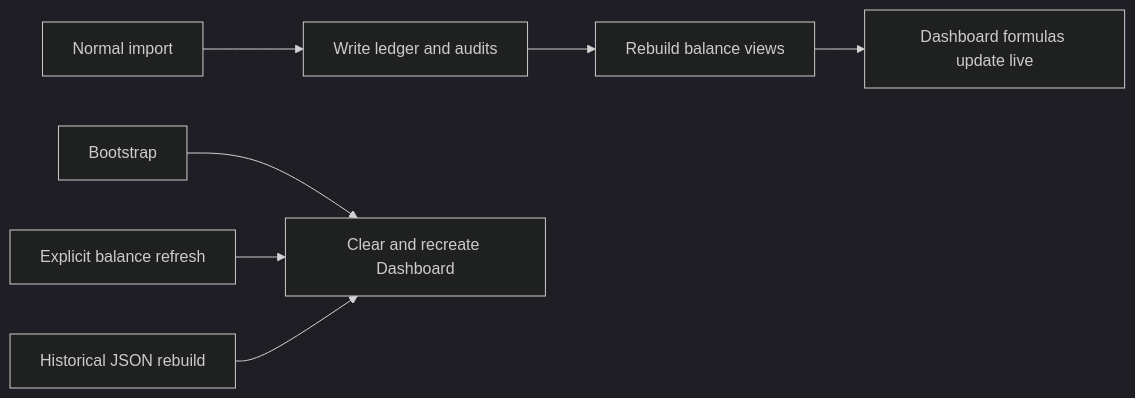
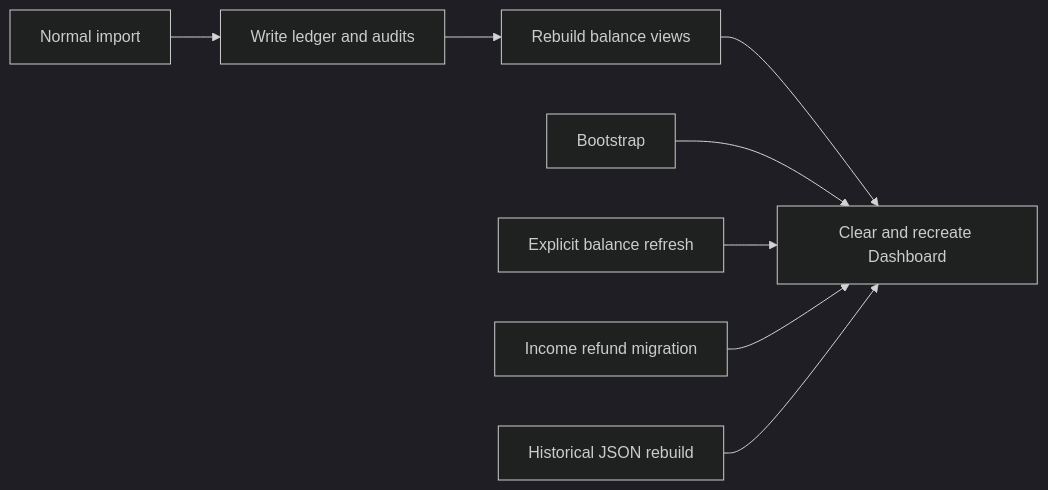
The fifth of 5 diagrams in docs/SPREADSHEET.md (marcomc/Google-Drive-Expenses-Cataloger), drawn with Mermaid (dark theme) before and after one commit. The commit also changed other lines of this file and 18 other files, not shown here.

````diff
--- a/docs/SPREADSHEET.md
+++ b/docs/SPREADSHEET.md
@@ -213,11 +217,12 @@
 ```mermaid
 flowchart LR
   accTitle: Managed spreadsheet maintenance
   accDescr: Shows the normal import path and the operations that rebuild managed views and the dashboard.
   import["Normal import"] --> ledger["Write ledger and audits"]
   ledger --> balances["Rebuild balance views"]
-  balances --> live["Dashboard formulas update live"]
+  balances --> dashboard["Clear and recreate Dashboard"]
   bootstrap["Bootstrap"] --> dashboard["Clear and recreate Dashboard"]
   refresh["Explicit balance refresh"] --> dashboard
+  refunds["Income refund migration"] --> dashboard
   rebuild["Historical JSON rebuild"] --> dashboard
 ```
````
